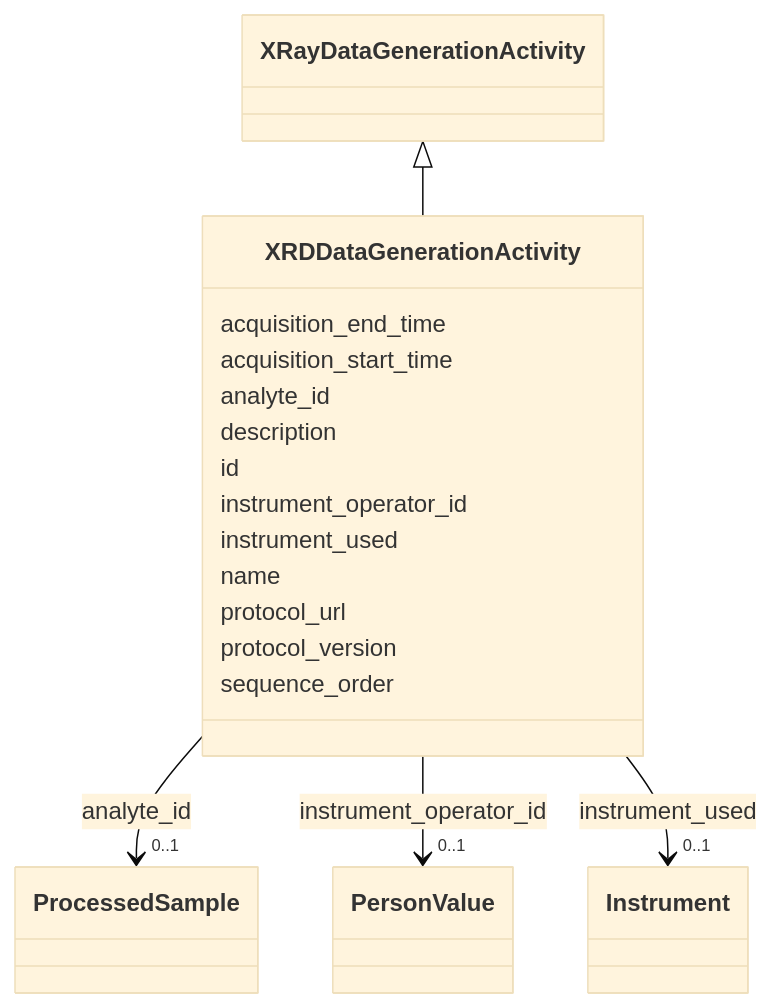
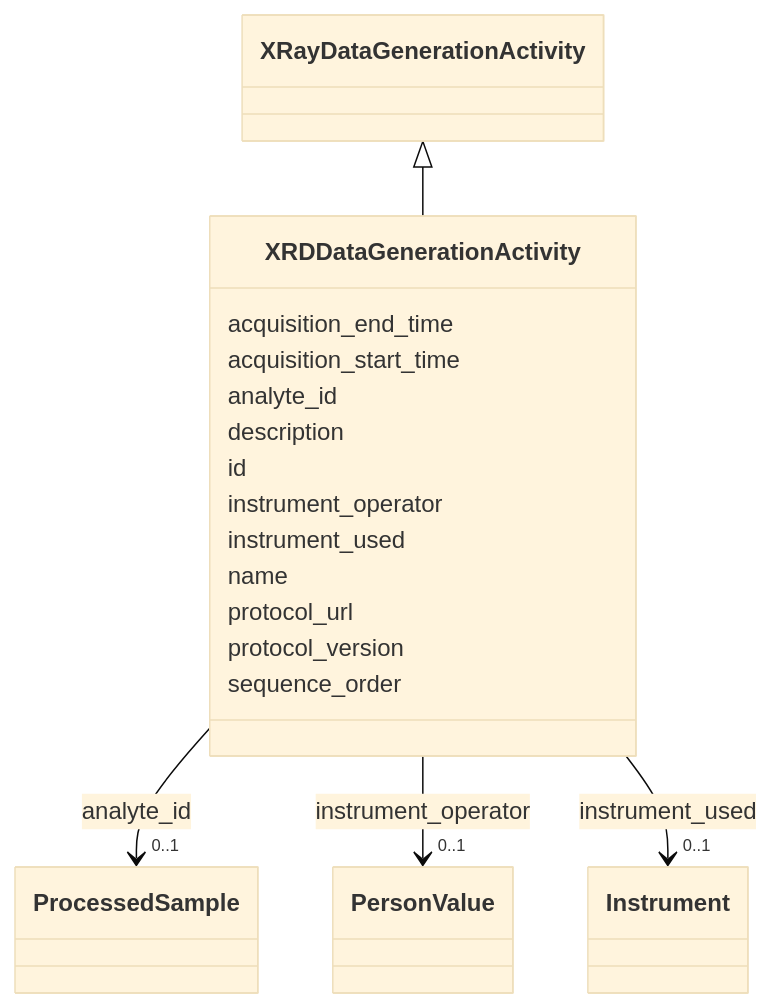
One commit to EMSL-Computing/BASALT-Schema changed the diagram in docs/elements/XRDDataGenerationActivity.md. Above: the diagram before and after it, drawn with Mermaid (base theme). The commit also changed other lines of this file and 550 other files, not shown here.

````diff
--- a/docs/elements/XRDDataGenerationActivity.md
+++ b/docs/elements/XRDDataGenerationActivity.md
@@ -68,58 +68,58 @@
 ```mermaid
  classDiagram
     class XRDDataGenerationActivity
     click XRDDataGenerationActivity href "../XRDDataGenerationActivity/"
       XRayDataGenerationActivity <|-- XRDDataGenerationActivity
         click XRayDataGenerationActivity href "../XRayDataGenerationActivity/"
       
       XRDDataGenerationActivity : acquisition_end_time
         
       XRDDataGenerationActivity : acquisition_start_time
         
       XRDDataGenerationActivity : analyte_id
         
           
     
         
         
         XRDDataGenerationActivity --> "0..1" ProcessedSample : analyte_id
         click ProcessedSample href "../ProcessedSample/"
     
 
         
       XRDDataGenerationActivity : description
         
       XRDDataGenerationActivity : id
         
-      XRDDataGenerationActivity : instrument_operator_id
+      XRDDataGenerationActivity : instrument_operator
         
           
     
         
         
-        XRDDataGenerationActivity --> "0..1" PersonValue : instrument_operator_id
+        XRDDataGenerationActivity --> "0..1" PersonValue : instrument_operator
         click PersonValue href "../PersonValue/"
     
 
         
       XRDDataGenerationActivity : instrument_used
         
           
     
         
         
         XRDDataGenerationActivity --> "0..1" Instrument : instrument_used
         click Instrument href "../Instrument/"
     
 
         
       XRDDataGenerationActivity : name
         
       XRDDataGenerationActivity : protocol_url
         
       XRDDataGenerationActivity : protocol_version
         
       XRDDataGenerationActivity : sequence_order
         
       
 ```
````
